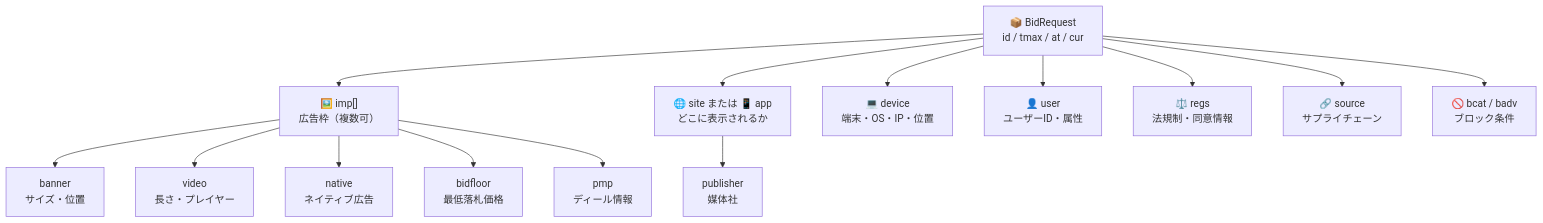
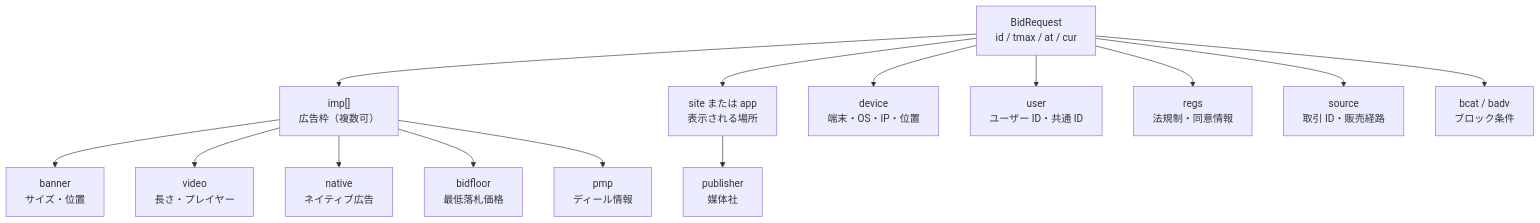
One commit to yasut0ra/rtb-study changed the first of 3 diagrams in docs/03-openrtb.md. Above: the diagram before and after it, drawn with Mermaid. The commit also changed other lines of this file and 36 other files, not shown here.

````diff
--- a/docs/03-openrtb.md
+++ b/docs/03-openrtb.md
@@ -38,18 +35,18 @@
 ```mermaid
 flowchart TB
-    BR["📦 BidRequest<br/>id / tmax / at / cur"]
-    BR --> IMP["🖼️ imp[]<br/>広告枠（複数可）"]
-    BR --> SITE["🌐 site または 📱 app<br/>どこに表示されるか"]
-    BR --> DEV["💻 device<br/>端末・OS・IP・位置"]
-    BR --> USER["👤 user<br/>ユーザーID・属性"]
-    BR --> REGS["⚖️ regs<br/>法規制・同意情報"]
-    BR --> SRC["🔗 source<br/>サプライチェーン"]
-    BR --> BLK["🚫 bcat / badv<br/>ブロック条件"]
+    BR["BidRequest<br/>id / tmax / at / cur"]
+    BR --> IMP["imp[]<br/>広告枠（複数可）"]
+    BR --> SITE["site または app<br/>表示される場所"]
+    BR --> DEV["device<br/>端末・OS・IP・位置"]
+    BR --> USER["user<br/>ユーザー ID・共通 ID"]
+    BR --> REGS["regs<br/>法規制・同意情報"]
+    BR --> SRC["source<br/>取引 ID・販売経路"]
+    BR --> BLK["bcat / badv<br/>ブロック条件"]
 
     IMP --> BAN["banner<br/>サイズ・位置"]
     IMP --> VID["video<br/>長さ・プレイヤー"]
     IMP --> NAT["native<br/>ネイティブ広告"]
     IMP --> FLR["bidfloor<br/>最低落札価格"]
     IMP --> PMP["pmp<br/>ディール情報"]
     SITE --> PUB["publisher<br/>媒体社"]
 ```
````
